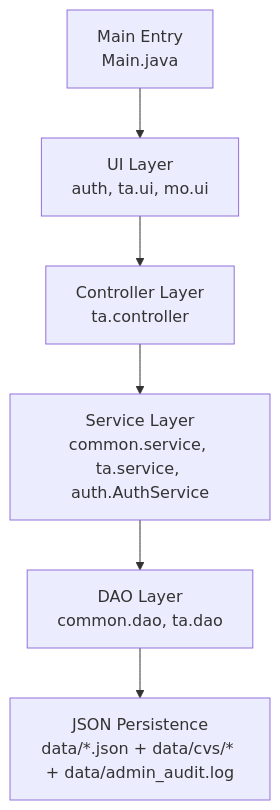
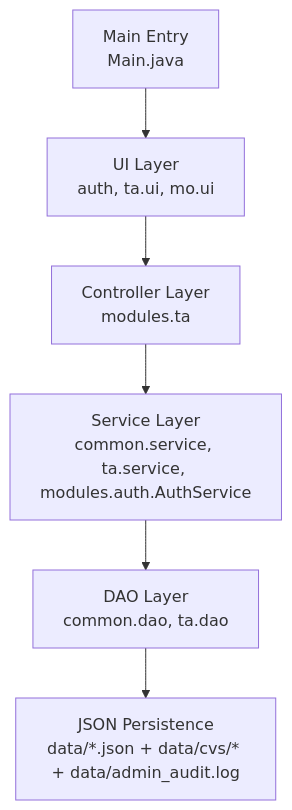
One commit to Jane-qm/EBU6304-Group85-TA-Recruitment changed the first of 8 diagrams in docs/Project-Architecture-and-RunLogic.md. Above: the diagram before and after it, drawn with Mermaid. The commit also changed other lines of this file and 133 other files, not shown here.

````diff
--- a/docs/Project-Architecture-and-RunLogic.md
+++ b/docs/Project-Architecture-and-RunLogic.md
@@ -13,8 +13,8 @@
 ```mermaid
 flowchart TD
     A[Main Entry<br/>Main.java] --> B[UI Layer<br/>auth, ta.ui, mo.ui]
-    B --> C[Controller Layer<br/>ta.controller]
-    C --> D[Service Layer<br/>common.service, ta.service, auth.AuthService]
+    B --> C[Controller Layer<br/>modules.ta]
+    C --> D[Service Layer<br/>common.service, ta.service, modules.auth.AuthService]
     D --> E[DAO Layer<br/>common.dao, ta.dao]
     E --> F[JSON Persistence<br/>data/*.json + data/cvs/* + data/admin_audit.log]
 ```
````
